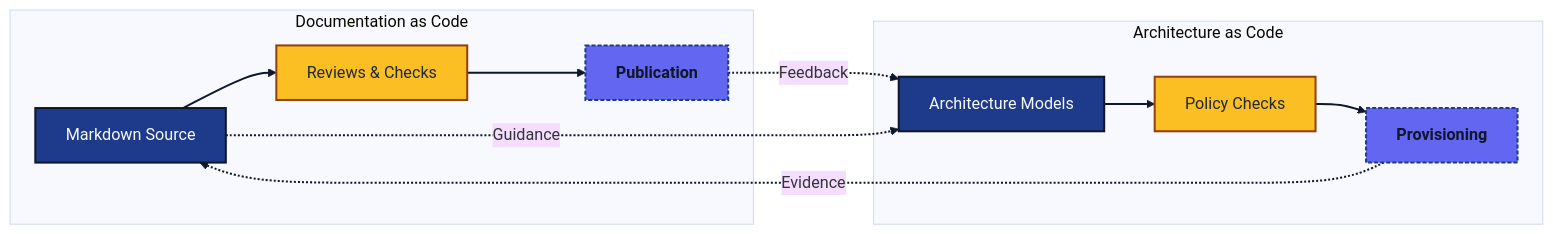
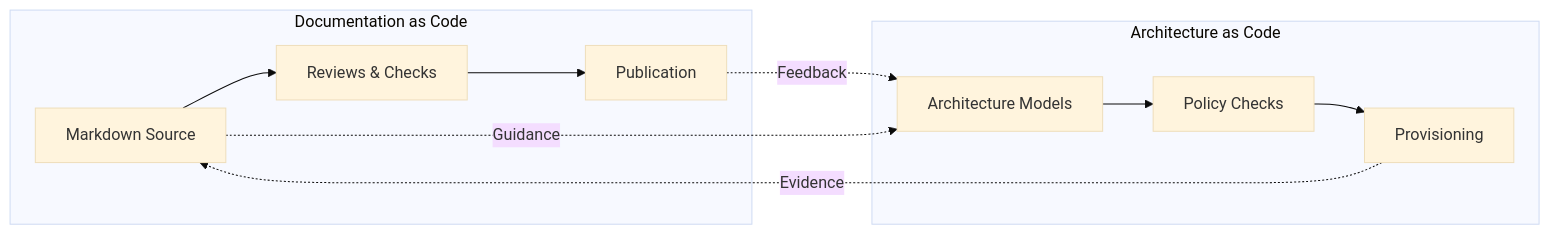
The diagram in docs/images/diagram_22_tool_alignment.mmd (Geonitab/architecture_as_code), drawn with Mermaid (base theme) before and after one commit. The commit also changed 7 other files, not shown here.

First line of the commit message:
Fix dark-background diagrams for PDF and DOCX white-page output

```diff
--- a/docs/images/diagram_22_tool_alignment.mmd
+++ b/docs/images/diagram_22_tool_alignment.mmd
@@ -1,27 +1,17 @@
 %% Documentation and architecture alignment feedback loop
 %% Maintains the textual source for Figure 22.3.
 
 flowchart LR
-    %% Shared styling definitions used across the workshop diagrams
-    classDef kv-primary fill:#1e3a8a,stroke:#0f172a,stroke-width:2px,color:#f8fafc;
-    classDef kv-accent fill:#6366f1,stroke:#312e81,stroke-width:2px,color:#f8fafc;
-    classDef kv-highlight fill:#fbbf24,stroke:#92400e,stroke-width:2px,color:#1f2937;
-    classDef kv-muted fill:#e2e8f0,stroke:#475569,stroke-width:1px,color:#0f172a;
-    classDef kv-connector stroke-dasharray:4 2,stroke:#1e3a8a,color:#0f172a,font-weight:bold;
-
-    linkStyle default stroke:#0f172a,stroke-width:2px;
     subgraph Documentation_as_Code[Documentation as Code]
         Docs[Markdown Source]:::kv-primary --> Reviews[Reviews & Checks]:::kv-highlight
         Reviews --> Publish[Publication]:::kv-accent
     end
 
     subgraph Architecture_as_Code[Architecture as Code]
         Models[Architecture Models]:::kv-primary --> Policies[Policy Checks]:::kv-highlight
         Policies --> Provision[Provisioning]:::kv-accent
     end
 
     Publish -.Feedback.-> Models
     Provision -.Evidence.-> Docs
     Docs -.Guidance.-> Models
-
-    class Publish,Provision kv-connector;
```
